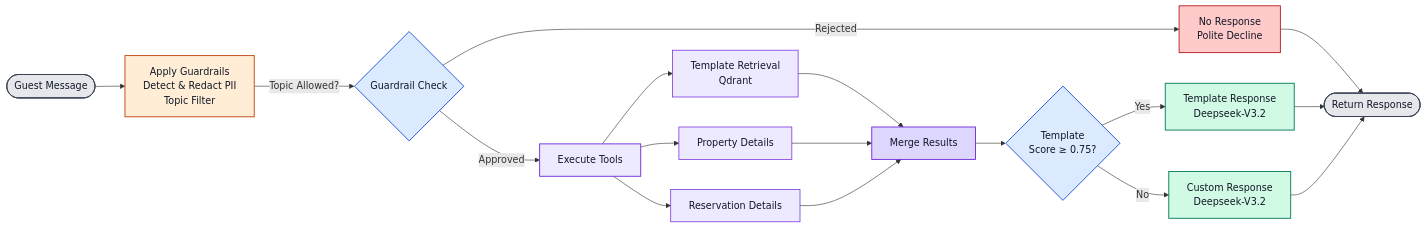
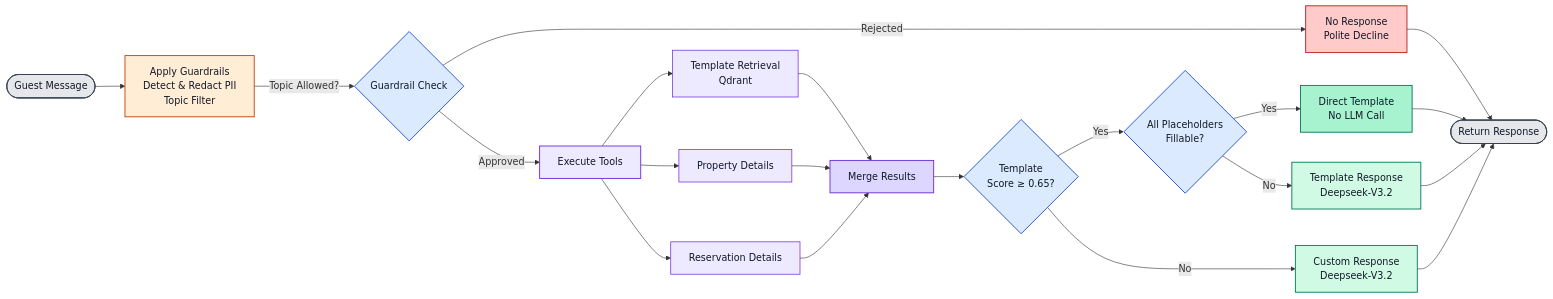
Before and after one commit to tyagiprnv/AI-Guest-Response-Agent: the diagram in README.md, drawn with Mermaid. The commit also changed other lines of this file, not shown here.

````diff
--- a/README.md
+++ b/README.md
@@ -19,51 +19,57 @@
 ```mermaid
 graph LR
     Start([Guest Message]) --> Guardrails[Apply Guardrails<br/>Detect & Redact PII<br/>Topic Filter]
 
     Guardrails -->|Topic Allowed?| Decision{Guardrail Check}
 
     Decision -->|Rejected| NoResponse[No Response<br/>Polite Decline]
     Decision -->|Approved| Tools[Execute Tools]
 
     Tools --> T1[Template Retrieval<br/>Qdrant]
     Tools --> T2[Property Details]
     Tools --> T3[Reservation Details]
 
     T1 --> Merge[Merge Results]
     T2 --> Merge
     T3 --> Merge
 
-    Merge --> ResponseDecision{Template<br/>Score ≥ 0.75?}
+    Merge --> ResponseDecision{Template<br/>Score ≥ 0.65?}
 
-    ResponseDecision -->|Yes| TemplateResponse[Template Response<br/>Deepseek-V3.2]
+    ResponseDecision -->|Yes| DirectCheck{All Placeholders<br/>Fillable?}
     ResponseDecision -->|No| CustomResponse[Custom Response<br/>Deepseek-V3.2]
 
+    DirectCheck -->|Yes| DirectTemplate[Direct Template<br/>No LLM Call]
+    DirectCheck -->|No| TemplateResponse[Template Response<br/>Deepseek-V3.2]
+
     NoResponse --> End([Return Response])
+    DirectTemplate --> End
     TemplateResponse --> End
     CustomResponse --> End
 
     %% Entry / Exit
     style Start fill:#E5E7EB,stroke:#374151,stroke-width:1.5px,color:#111827
     style End fill:#E5E7EB,stroke:#374151,stroke-width:1.5px,color:#111827
 
     %% Guardrails / Safety
     style Guardrails fill:#FFEDD5,stroke:#C2410C,stroke-width:1.5px,color:#111827
     style NoResponse fill:#FECACA,stroke:#B91C1C,stroke-width:1.5px,color:#111827
 
     %% Decisions
     style Decision fill:#DBEAFE,stroke:#1D4ED8,stroke-width:1.5px,color:#111827
     style ResponseDecision fill:#DBEAFE,stroke:#1D4ED8,stroke-width:1.5px,color:#111827
+    style DirectCheck fill:#DBEAFE,stroke:#1D4ED8,stroke-width:1.5px,color:#111827
 
     %% Tool execution
     style Tools fill:#EDE9FE,stroke:#6D28D9,stroke-width:1.5px,color:#111827
     style T1 fill:#EDE9FE,stroke:#6D28D9,stroke-width:1.2px,color:#111827
     style T2 fill:#EDE9FE,stroke:#6D28D9,stroke-width:1.2px,color:#111827
     style T3 fill:#EDE9FE,stroke:#6D28D9,stroke-width:1.2px,color:#111827
     style Merge fill:#DDD6FE,stroke:#6D28D9,stroke-width:1.5px,color:#111827
 
     %% Successful responses
+    style DirectTemplate fill:#A7F3D0,stroke:#047857,stroke-width:1.5px,color:#111827
     style TemplateResponse fill:#D1FAE5,stroke:#047857,stroke-width:1.5px,color:#111827
     style CustomResponse fill:#D1FAE5,stroke:#047857,stroke-width:1.5px,color:#111827
 
 
 ```
````
